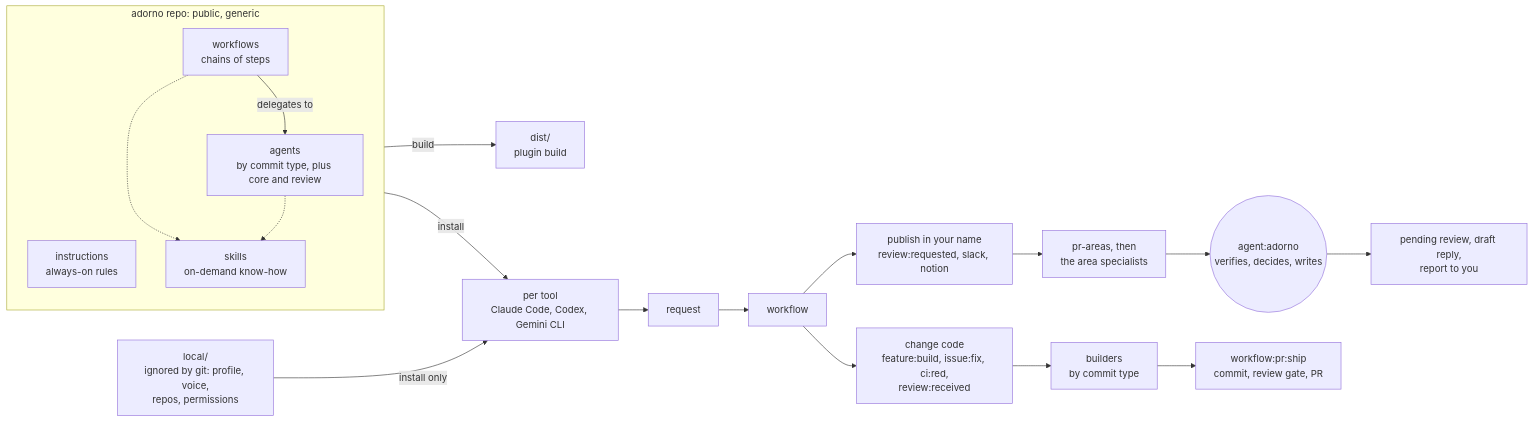
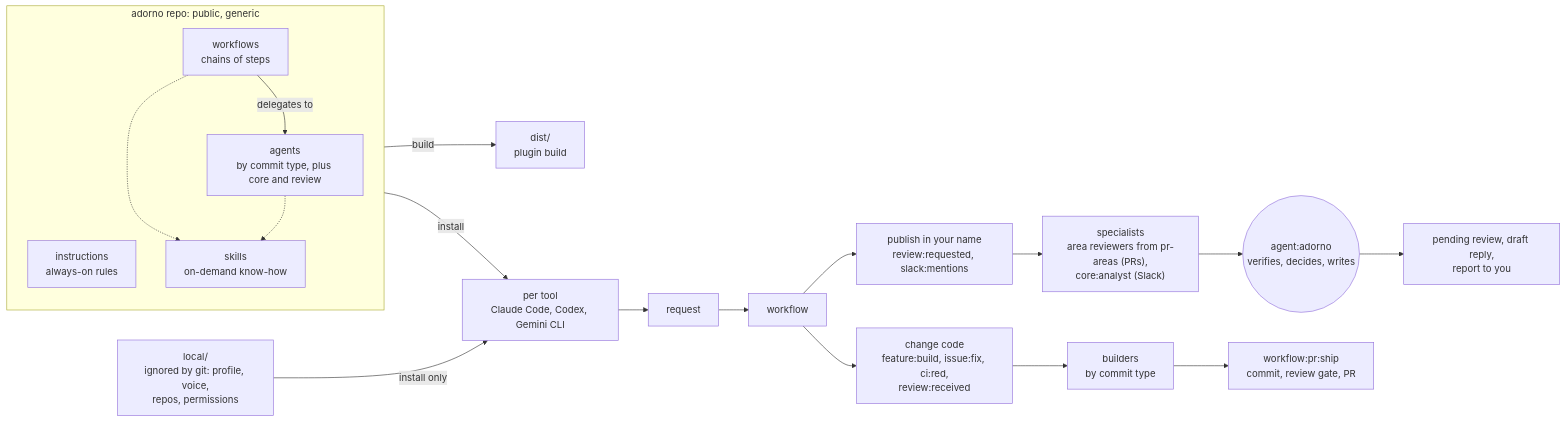
Before and after one commit to nicolasmondain/adorno: the diagram in docs/overview.md, drawn with Mermaid. The commit also changed other lines of this file, not shown here.

First line of the commit message:
docs: route Slack and Notion through core:analyst in the overview

````diff
--- a/docs/overview.md
+++ b/docs/overview.md
@@ -6,17 +6,17 @@
 ```mermaid
 flowchart LR
   subgraph repo["adorno repo: public, generic"]
     I["instructions<br/>always-on rules"]
     WF["workflows<br/>chains of steps"] -->|delegates to| AG["agents<br/>by commit type, plus core and review"]
     SK["skills<br/>on-demand know-how"]
     WF -.-> SK
     AG -.-> SK
   end
   LOC["local/<br/>ignored by git: profile, voice,<br/>repos, permissions"]
   repo -->|build| D["dist/<br/>plugin build"]
   repo -->|install| T["per tool<br/>Claude Code, Codex, Gemini CLI"]
   LOC -->|install only| T
   T --> R["request"] --> W["workflow"]
-  W --> PUB["publish in your name<br/>review:requested, slack, notion"] --> PA["pr-areas, then<br/>the area specialists"] --> AD(("agent:adorno<br/>verifies, decides, writes")) --> OUT["pending review, draft reply,<br/>report to you"]
+  W --> PUB["publish in your name<br/>review:requested, slack:mentions"] --> PA["specialists<br/>area reviewers from pr-areas (PRs),<br/>core:analyst (Slack)"] --> AD(("agent:adorno<br/>verifies, decides, writes")) --> OUT["pending review, draft reply,<br/>report to you"]
   W --> COD["change code<br/>feature:build, issue:fix, ci:red,<br/>review:received"] --> BU["builders<br/>by commit type"] --> SH["workflow:pr:ship<br/>commit, review gate, PR"]
 ```
````
